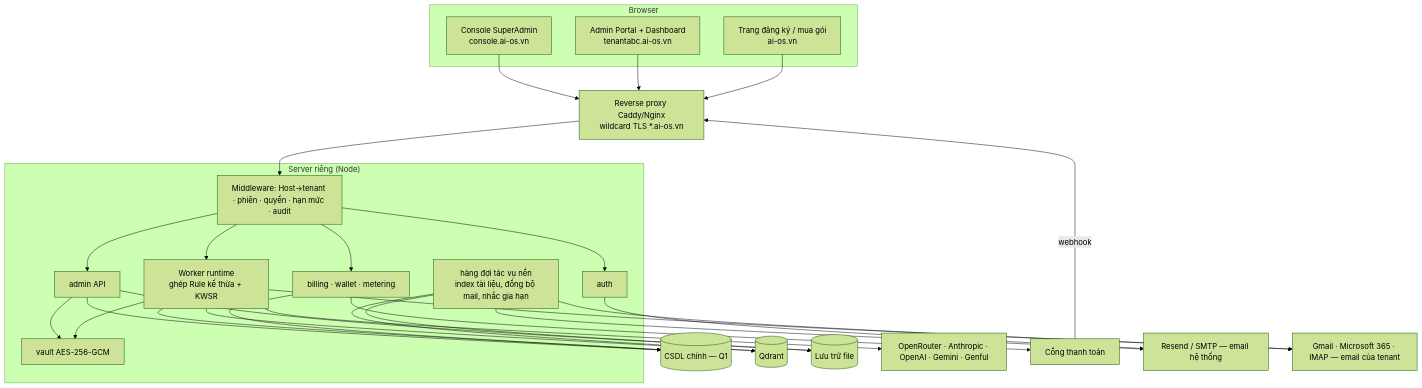
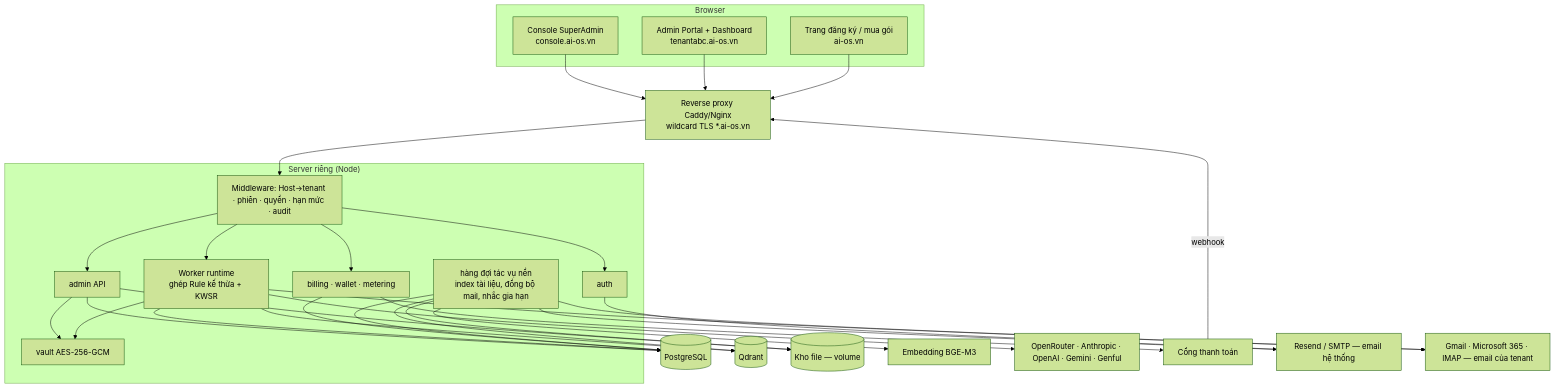
One commit to lehuutanphu/aiosv3 changed the first of 2 diagrams in docs/ADMIN_PORTAL_DESIGN.md. Above: the diagram before and after it, drawn with Mermaid (forest theme). The commit also changed other lines of this file, not shown here.

First line of the commit message:
Tài liệu Admin Portal v1.1: chốt Q1-Q7, PostgreSQL thay Firebase

````diff
--- a/docs/ADMIN_PORTAL_DESIGN.md
+++ b/docs/ADMIN_PORTAL_DESIGN.md
@@ -126,33 +145,34 @@
 ```mermaid
 graph TD
     subgraph Browser
       C[Console SuperAdmin<br/>console.ai-os.vn]
       P[Admin Portal + Dashboard<br/>tenantabc.ai-os.vn]
       S[Trang đăng ký / mua gói<br/>ai-os.vn]
     end
     RP[Reverse proxy Caddy/Nginx<br/>wildcard TLS *.ai-os.vn]
     subgraph "Server riêng (Node)"
       MW[Middleware: Host→tenant · phiên · quyền · hạn mức · audit]
       AUTH[auth]
       ADM[admin API]
       RUN[Worker runtime<br/>ghép Rule kế thừa + KWSR]
       BILL[billing · wallet · metering]
       VAULT[vault AES-256-GCM]
       JOB[hàng đợi tác vụ nền<br/>index tài liệu, đồng bộ mail, nhắc gia hạn]
     end
-    DB[(CSDL chính — Q1)]
+    DB[(PostgreSQL)]
     QD[(Qdrant)]
-    OBJ[(Lưu trữ file)]
+    OBJ[(Kho file — volume)]
+    EMB[Embedding BGE-M3]
     LLM[OpenRouter · Anthropic · OpenAI · Gemini · Genful]
     PAY[Cổng thanh toán]
     MAILP[Resend / SMTP — email hệ thống]
     MAILT[Gmail · Microsoft 365 · IMAP — email của tenant]
     C & P & S --> RP --> MW
     MW --> AUTH & ADM & RUN & BILL
     ADM --> DB & OBJ & VAULT
     RUN --> DB & QD & VAULT & LLM & MAILT
     BILL --> DB & PAY
-    JOB --> QD & OBJ & MAILT & MAILP
+    JOB --> QD & OBJ & MAILT & MAILP & EMB & DB
     AUTH --> MAILP
     PAY -- webhook --> RP
 ```
````
